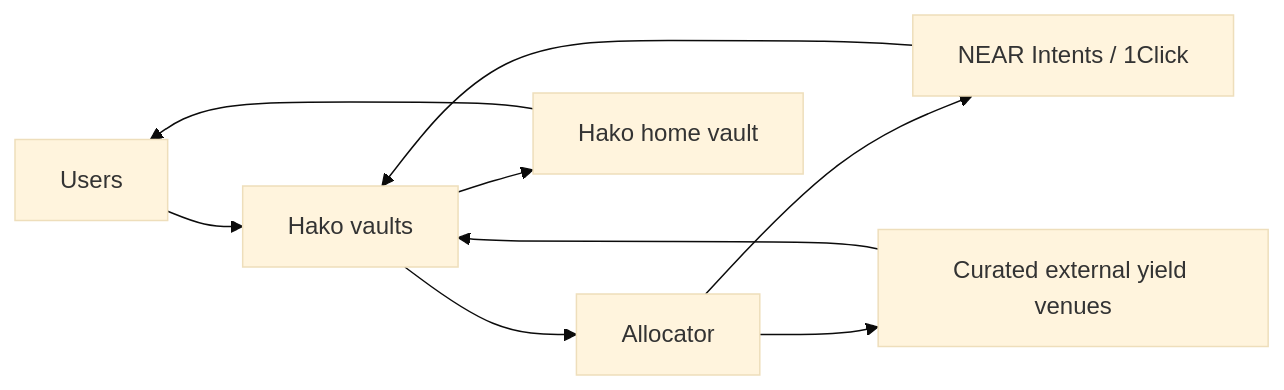
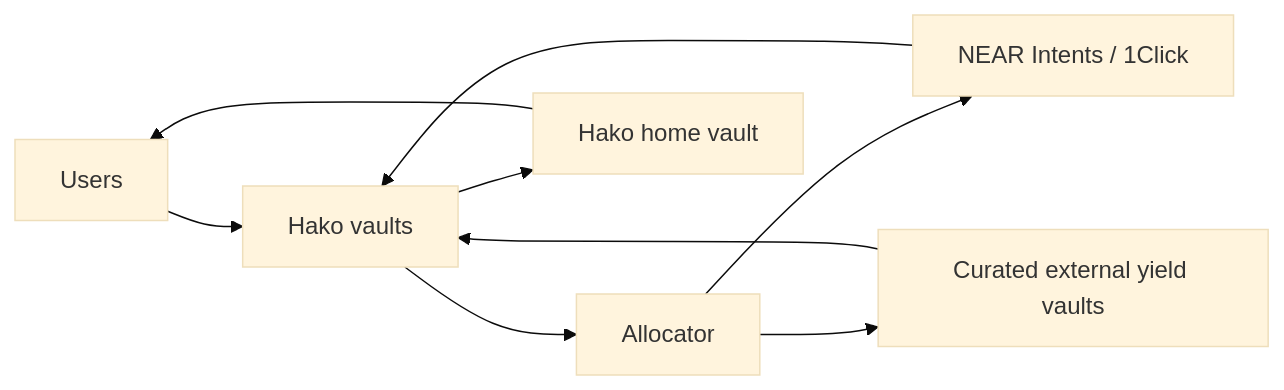
One commit to hakolabs/docs changed the first of 2 diagrams in architecture/vault-allocations.md. Above: the diagram before and after it, drawn with Mermaid (base theme). The commit also changed other lines of this file and 1 other file, not shown here.

````diff
--- a/architecture/vault-allocations.md
+++ b/architecture/vault-allocations.md
@@ -30,11 +30,11 @@
 ```mermaid
 flowchart LR
   U["Users"] --> V["Hako vaults"]
   V --> A["Allocator"]
   A --> N["NEAR Intents / 1Click"]
-  A --> E["Curated external yield venues"]
+  A --> E["Curated external yield vaults"]
   N --> V
   E --> V
   V --> H["Hako home vault"]
   H --> U
 ```
````
